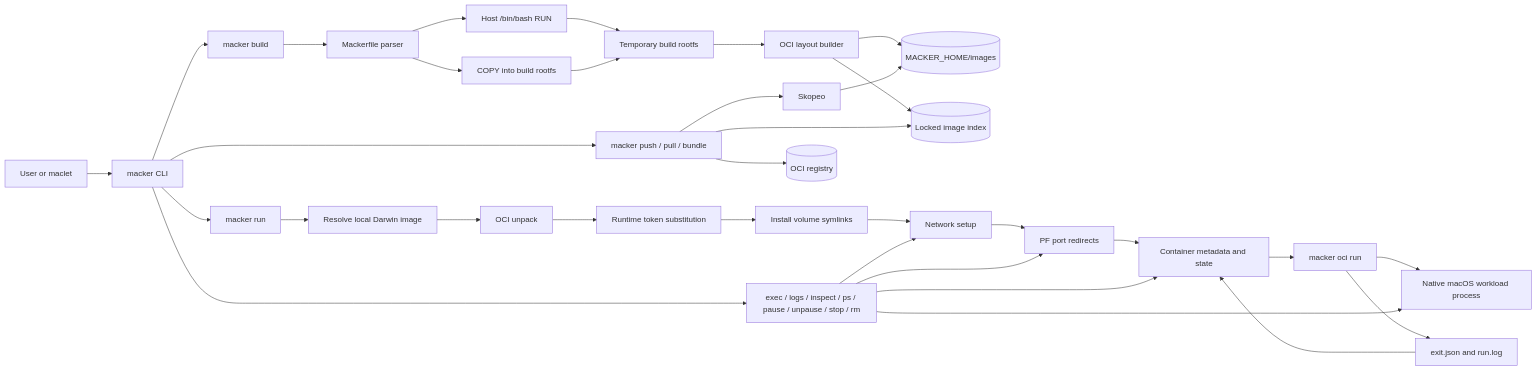
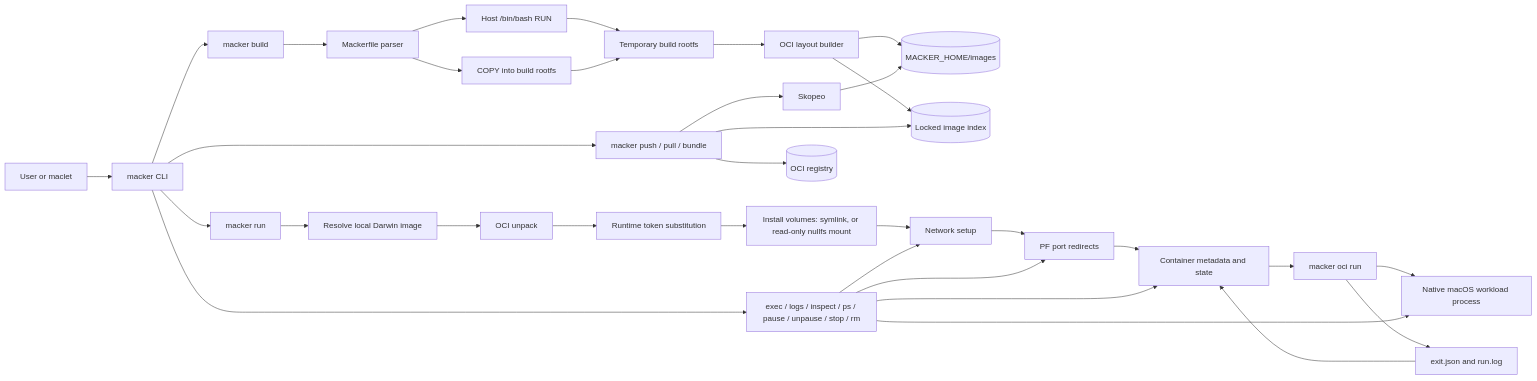
Before and after one commit to initialed85/macker: the first of 3 diagrams in ARCHITECTURE.md, drawn with Mermaid. The commit also changed other lines of this file and 7 other files, not shown here.

````diff
--- a/ARCHITECTURE.md
+++ b/ARCHITECTURE.md
@@ -25,39 +25,39 @@
 ```mermaid
 flowchart LR
     User[User or maclet] --> CLI[macker CLI]
     CLI --> Build[macker build]
     CLI --> Registry[macker push / pull / bundle]
     CLI --> Run[macker run]
     CLI --> Lifecycle[exec / logs / inspect / ps / pause / unpause / stop / rm]
 
     Build --> Parser[Mackerfile parser]
     Parser --> HostRun[Host /bin/bash RUN]
     Parser --> Copy[COPY into build rootfs]
     HostRun --> BuildRootfs[Temporary build rootfs]
     Copy --> BuildRootfs
     BuildRootfs --> OCIBuilder[OCI layout builder]
     OCIBuilder --> Images[(MACKER_HOME/images)]
     OCIBuilder --> ImageState[(Locked image index)]
 
     Registry --> Skopeo[Skopeo]
     Skopeo --> Images
     Registry --> ImageState
     Registry --> Remote[(OCI registry)]
 
     Run --> Resolve[Resolve local Darwin image]
     Resolve --> Unpack[OCI unpack]
     Unpack --> Config[Runtime token substitution]
-    Config --> Volumes[Install volume symlinks]
+    Config --> Volumes[Install volumes: symlink, or read-only nullfs mount]
     Volumes --> Network[Network setup]
     Network --> PF[PF port redirects]
     PF --> Metadata[Container metadata and state]
     Metadata --> OCIRun[macker oci run]
     OCIRun --> Native[Native macOS workload process]
     OCIRun --> Exit[exit.json and run.log]
     Exit --> Metadata
 
     Lifecycle --> Metadata
     Lifecycle --> Native
     Lifecycle --> PF
     Lifecycle --> Network
 ```
````
